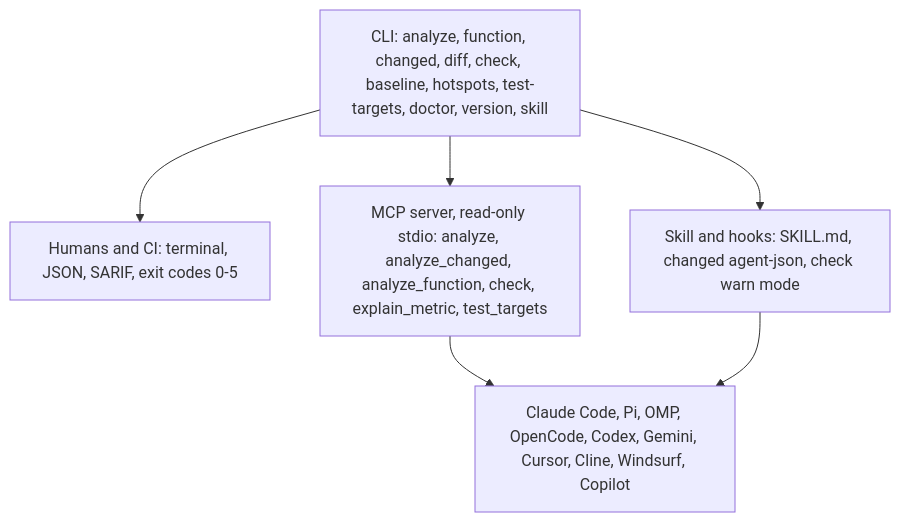
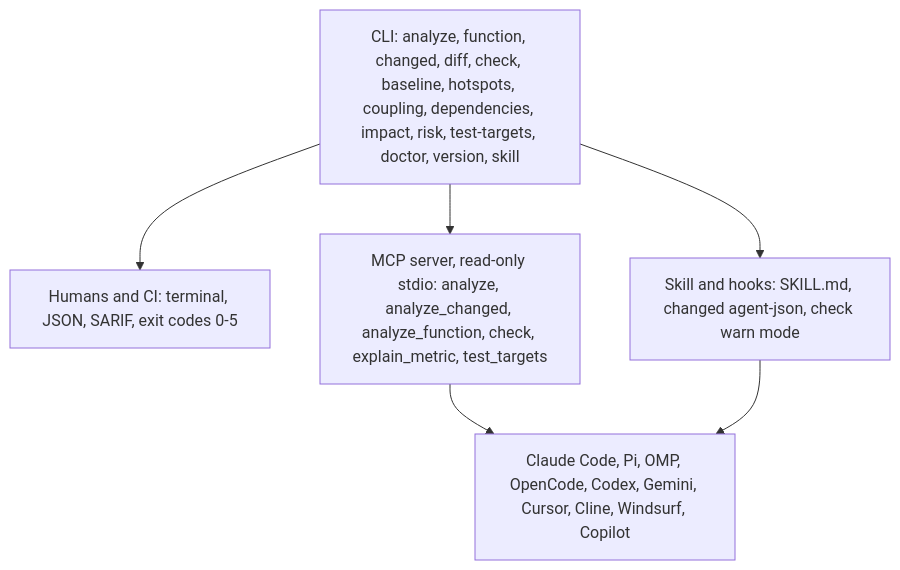
Before and after one commit to jbt95/leadline: the second of 3 diagrams in README.md, drawn with Mermaid. The commit also changed other lines of this file and 1 other file, not shown here.

First line of the commit message:
docs: fix stale architecture diagram and milestone wording

````diff
--- a/README.md
+++ b/README.md
@@ -88,9 +88,9 @@
 ```mermaid
 flowchart TD
-    CLI["CLI: analyze, function, changed, diff, check, baseline, hotspots, test-targets, doctor, version, skill"]
+    CLI["CLI: analyze, function, changed, diff, check, baseline, hotspots, coupling, dependencies, impact, risk, test-targets, doctor, version, skill"]
     CLI --> Human["Humans and CI: terminal, JSON, SARIF, exit codes 0-5"]
     CLI --> MCP["MCP server, read-only stdio: analyze, analyze_changed, analyze_function, check, explain_metric, test_targets"]
     MCP --> Harnesses["Claude Code, Pi, OMP, OpenCode, Codex, Gemini, Cursor, Cline, Windsurf, Copilot"]
     CLI --> Skill["Skill and hooks: SKILL.md, changed agent-json, check warn mode"]
     Skill --> Harnesses
 ```
````
